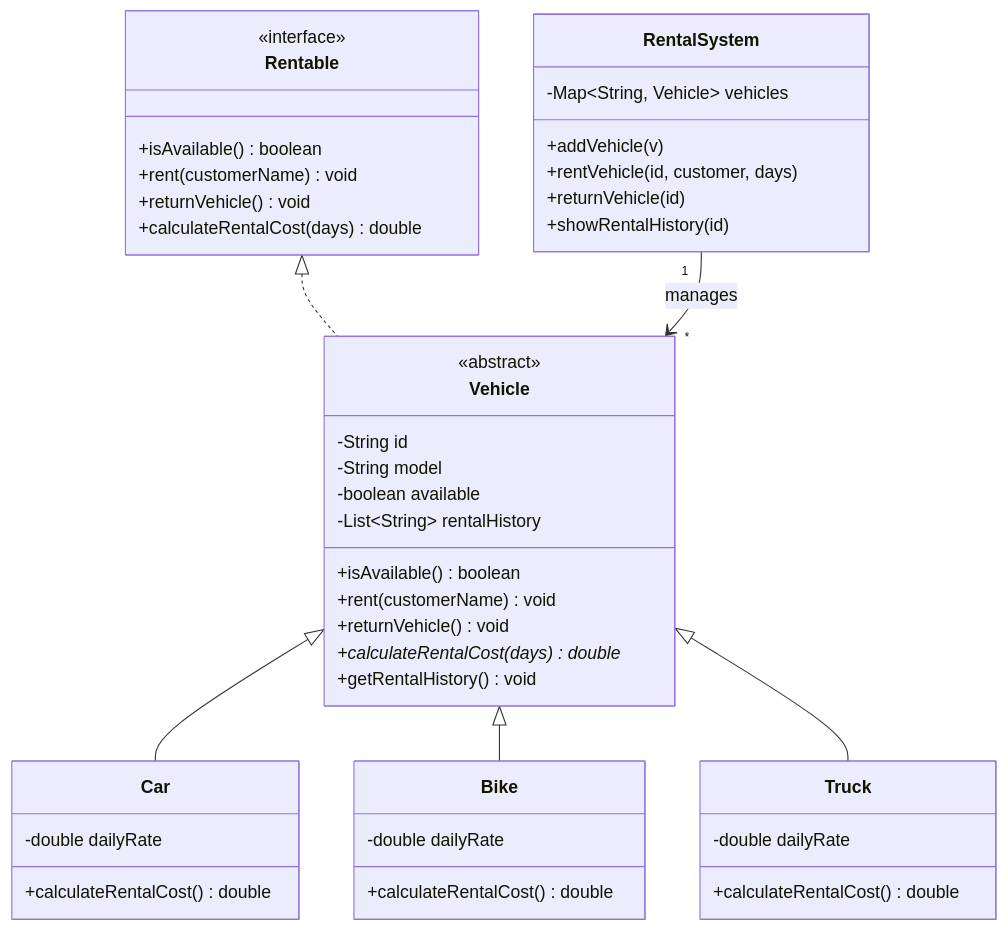
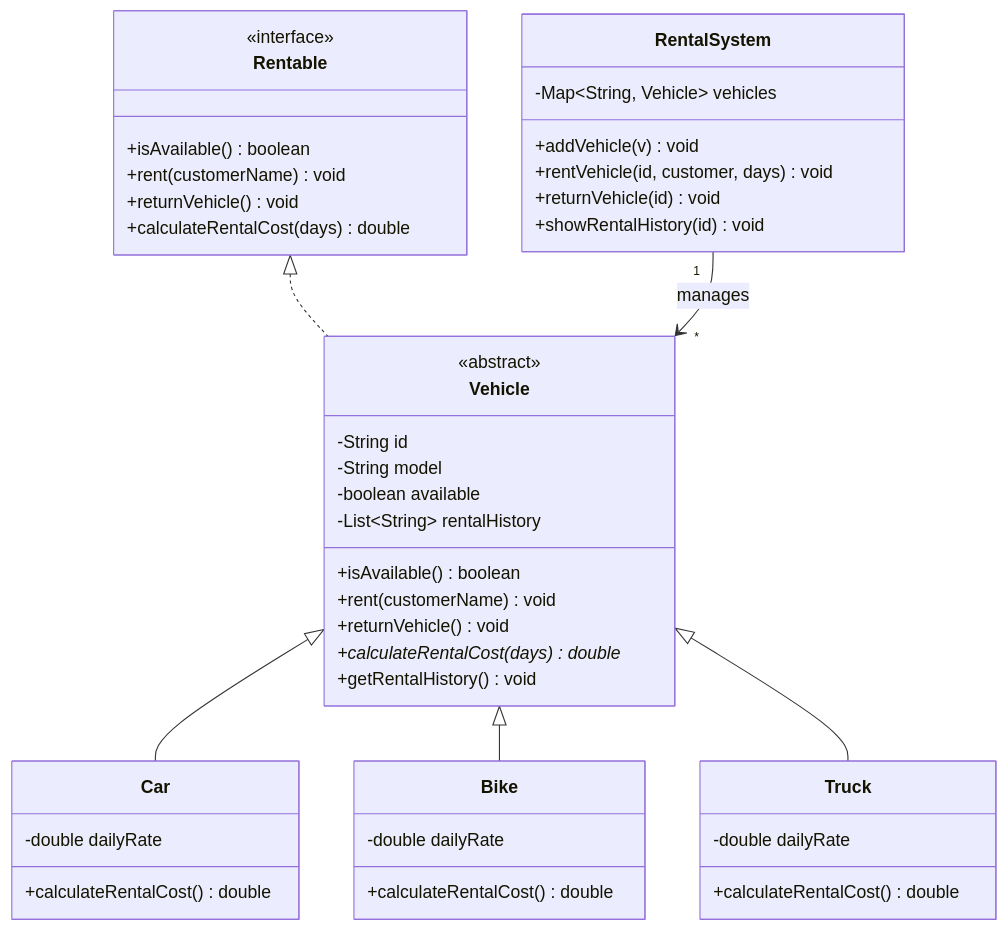
One commit to srimani-ravikumar/interview-prep changed the diagram in OOP/2_Problems_Solving_Using_OOP/Medium/Vehicle_Rental_System/VehicleRentalSystem.md. Above: the diagram before and after it, drawn with Mermaid.

````diff
--- a/OOP/2_Problems_Solving_Using_OOP/Medium/Vehicle_Rental_System/VehicleRentalSystem.md
+++ b/OOP/2_Problems_Solving_Using_OOP/Medium/Vehicle_Rental_System/VehicleRentalSystem.md
@@ -1,55 +1,55 @@
 ```mermaid
 
 classDiagram
 
     class Rentable {
         <<interface>>
         +isAvailable() boolean
         +rent(customerName) void
         +returnVehicle() void
         +calculateRentalCost(days) double
     }
 
     class Vehicle {
         <<abstract>>
         -String id
         -String model
         -boolean available
         -List~String~ rentalHistory
         +isAvailable() boolean
         +rent(customerName) void
         +returnVehicle() void
         +calculateRentalCost(days)* double
         +getRentalHistory() void
     }
 
     class Car {
         -double dailyRate
         +calculateRentalCost() double
     }
 
     class Bike {
         -double dailyRate
         +calculateRentalCost() double
     }
 
     class Truck {
         -double dailyRate
         +calculateRentalCost() double
     }
 
     class RentalSystem {
         -Map~String, Vehicle~ vehicles
-        +addVehicle(v)
-        +rentVehicle(id, customer, days)
-        +returnVehicle(id)
-        +showRentalHistory(id)
+        +addVehicle(v) void
+        +rentVehicle(id, customer, days) void
+        +returnVehicle(id) void
+        +showRentalHistory(id) void
     }
 
     Rentable <|.. Vehicle
     Vehicle <|-- Car
     Vehicle <|-- Bike
     Vehicle <|-- Truck
     RentalSystem "1" --> "*" Vehicle : manages
 
 ```
````
